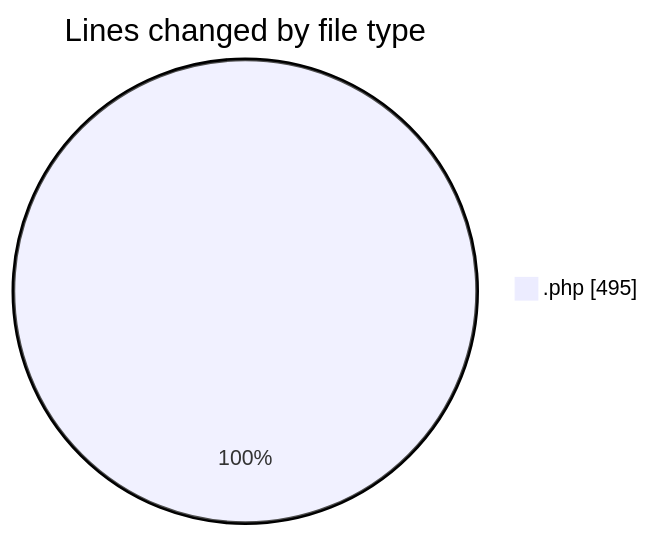
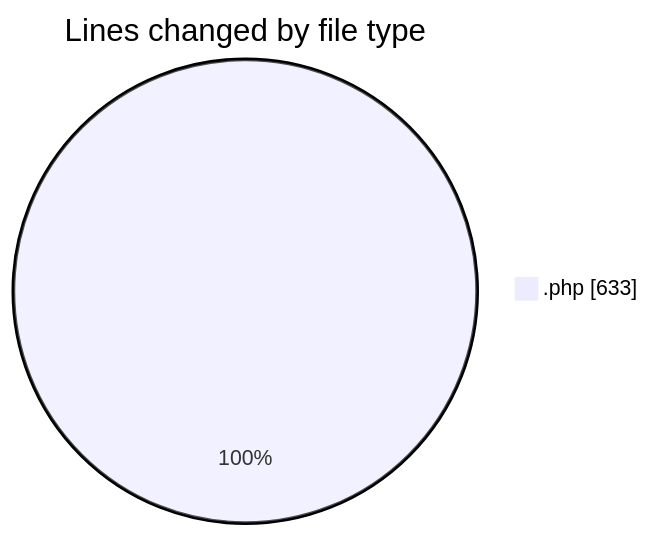
Before and after one commit to debugP/code-tracking: the first of 2 diagrams in 2025-10-14/untitled__workspace_/README.md, drawn with Mermaid. The commit also changed other lines of this file and 1 other file, not shown here.

````diff
--- a/2025-10-14/untitled__workspace_/README.md
+++ b/2025-10-14/untitled__workspace_/README.md
@@ -20,5 +20,5 @@
 ```mermaid
 pie showData
 title Lines changed by file type
-".php" : 495
+".php" : 633
 ```
````
